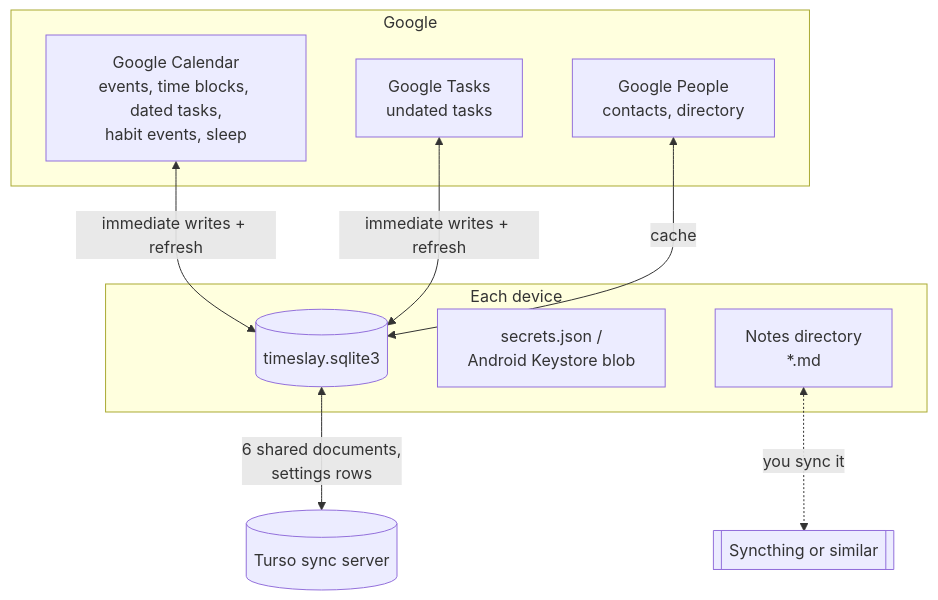
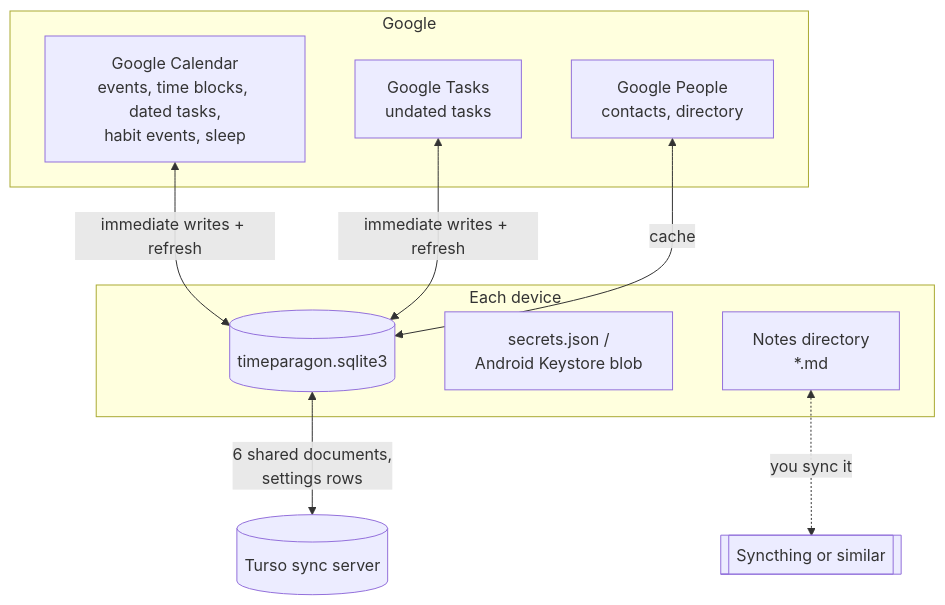
The first of 3 diagrams in docs/data-model.md (hyperupcall-projects/timeparagon), drawn with Mermaid before and after one commit. The commit also changed other lines of this file and 210 other files, not shown here.

````diff
--- a/docs/data-model.md
+++ b/docs/data-model.md
@@ -13,21 +13,21 @@
 ```mermaid
 flowchart TB
     subgraph Google
         GC[Google Calendar<br/>events, time blocks, dated tasks,<br/>habit events, sleep]
         GT[Google Tasks<br/>undated tasks]
         GP[Google People<br/>contacts, directory]
     end
     subgraph Device["Each device"]
-        DB[(timeslay.sqlite3)]
+        DB[(timeparagon.sqlite3)]
         SEC[secrets.json /<br/>Android Keystore blob]
         NOTES[Notes directory<br/>*.md]
     end
     TURSO[(Turso sync server)]
     SYNCTHING[[Syncthing or similar]]
 
     GC <-- "immediate writes + refresh" --> DB
     GT <-- "immediate writes + refresh" --> DB
     GP <-- "cache" --> DB
     DB <-- "6 shared documents,<br/>settings rows" --> TURSO
     NOTES <-. "you sync it" .-> SYNCTHING
 ```
````
